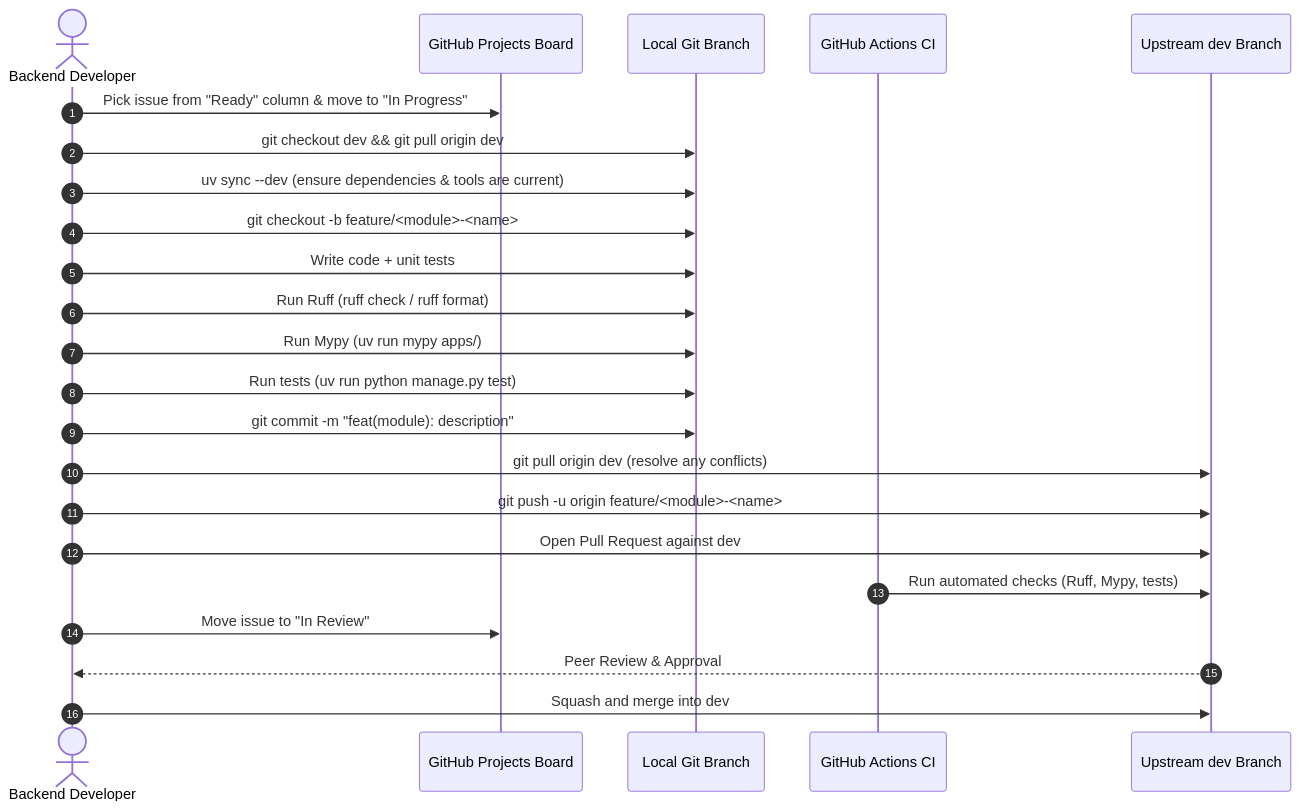
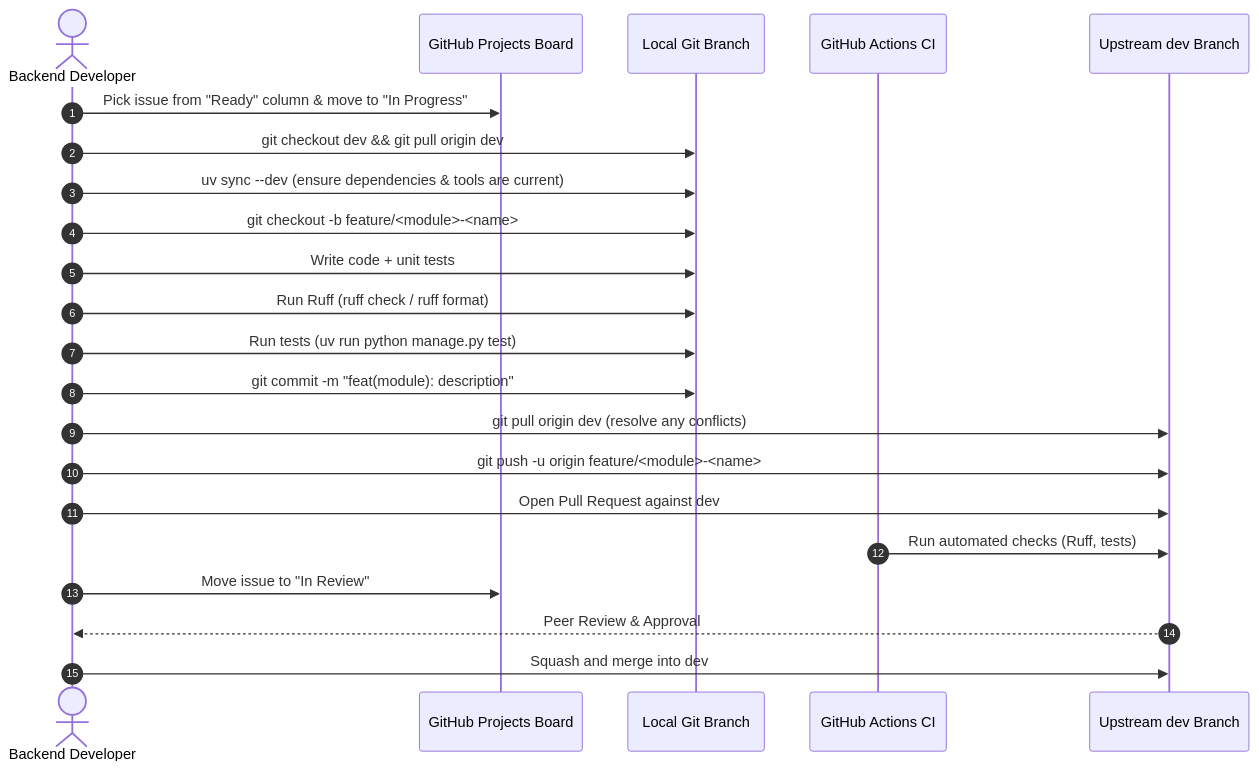
Before and after one commit to pup-swe-team/brb-server: the diagram in CONTRIBUTING.md, drawn with Mermaid. The commit also changed other lines of this file and 3 other files, not shown here.

````diff
--- a/CONTRIBUTING.md
+++ b/CONTRIBUTING.md
@@ -152,26 +152,25 @@
 ```mermaid
 sequenceDiagram
     autonumber
     actor Dev as Backend Developer
     participant Board as GitHub Projects Board
     participant Local as Local Git Branch
     participant CI as GitHub Actions CI
     participant Repo as Upstream dev Branch
 
     Dev->>Board: Pick issue from "Ready" column & move to "In Progress"
     Dev->>Local: git checkout dev && git pull origin dev
     Dev->>Local: uv sync --dev (ensure dependencies & tools are current)
     Dev->>Local: git checkout -b feature/<module>-<name>
     Dev->>Local: Write code + unit tests
     Dev->>Local: Run Ruff (ruff check / ruff format)
-    Dev->>Local: Run Mypy (uv run mypy apps/)
     Dev->>Local: Run tests (uv run python manage.py test)
     Dev->>Local: git commit -m "feat(module): description"
     Dev->>Repo: git pull origin dev (resolve any conflicts)
     Dev->>Repo: git push -u origin feature/<module>-<name>
     Dev->>Repo: Open Pull Request against dev
-    CI->>Repo: Run automated checks (Ruff, Mypy, tests)
+    CI->>Repo: Run automated checks (Ruff, tests)
     Dev->>Board: Move issue to "In Review"
     Repo-->>Dev: Peer Review & Approval
     Dev->>Repo: Squash and merge into dev
 ```
````
